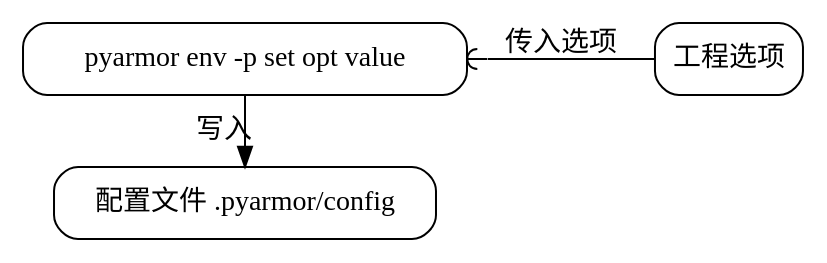
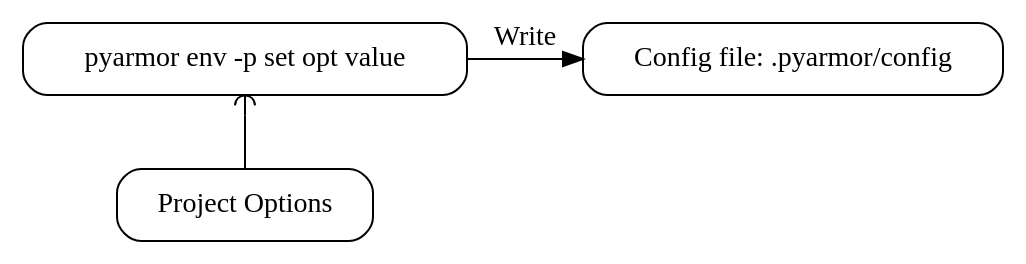
One commit to dashingsoft/dashingsoft.github.io changed the fourth of 10 diagrams in pyarmor/learn/en/commands.rst. Above: the diagram before and after it, drawn with Graphviz. The commit also changed other lines of this file and 3 other files, not shown here.

```diff
--- a/pyarmor/learn/en/commands.rst
+++ b/pyarmor/learn/en/commands.rst
@@ -94,17 +92,16 @@
 .. graphviz::
-   :caption: 修改工程配置
+   :caption: Update Project
    :align: center
    :name: g-edit-project-info
 
    digraph G {
       node [shape=box, style=rounded, target="_top"]
-      rankdir=LR
 
-      opts [label="工程选项"
-            href="../../docs/zh/configuration.html"]
+      opts [label="Project Options"
+            href="../../docs/en/configuration.html"]
       env [label="pyarmor env -p set opt value"]
-      conf [label="配置文件 .pyarmor/config"]
+      conf [label="Config file: .pyarmor/config"]
 
-      env -> opts [label="传入选项" dir=back arrowtail=curve]
-      rank=same { env -> conf [label="写入"] }
+      env -> opts [dir=back arrowtail=curve]
+      rank=same { env -> conf [label="Write"] }
    }
```
